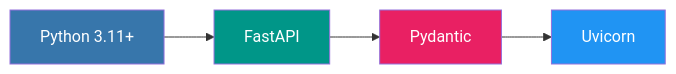
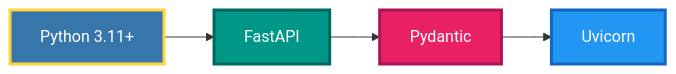
Before and after one commit to gregorizeidler/aml-graphs-detection-system: diagram 11 of 14 in README.md, drawn with Mermaid. The commit also changed other lines of this file, not shown here.

````diff
--- a/README.md
+++ b/README.md
@@ -464,11 +472,11 @@
 ```mermaid
 graph LR
     A[Python 3.11+] --> B[FastAPI]
     B --> C[Pydantic]
     C --> D[Uvicorn]
     
-    style A fill:#3776ab,color:#fff
-    style B fill:#009688,color:#fff
-    style C fill:#e92063,color:#fff
-    style D fill:#2094f3,color:#fff
+    style A fill:#3776AB,stroke:#FFD43B,stroke-width:3px,color:#fff
+    style B fill:#009688,stroke:#00695C,stroke-width:3px,color:#fff
+    style C fill:#E92063,stroke:#AD1457,stroke-width:3px,color:#fff
+    style D fill:#2196F3,stroke:#1565C0,stroke-width:3px,color:#fff
 ```
````
